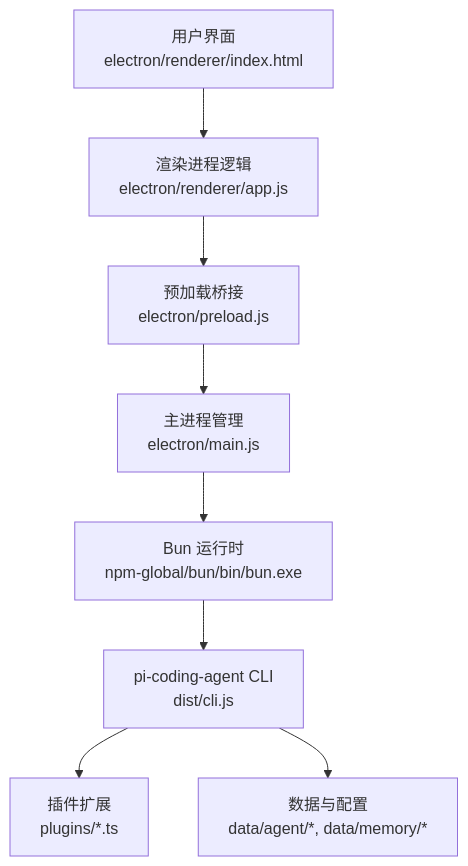
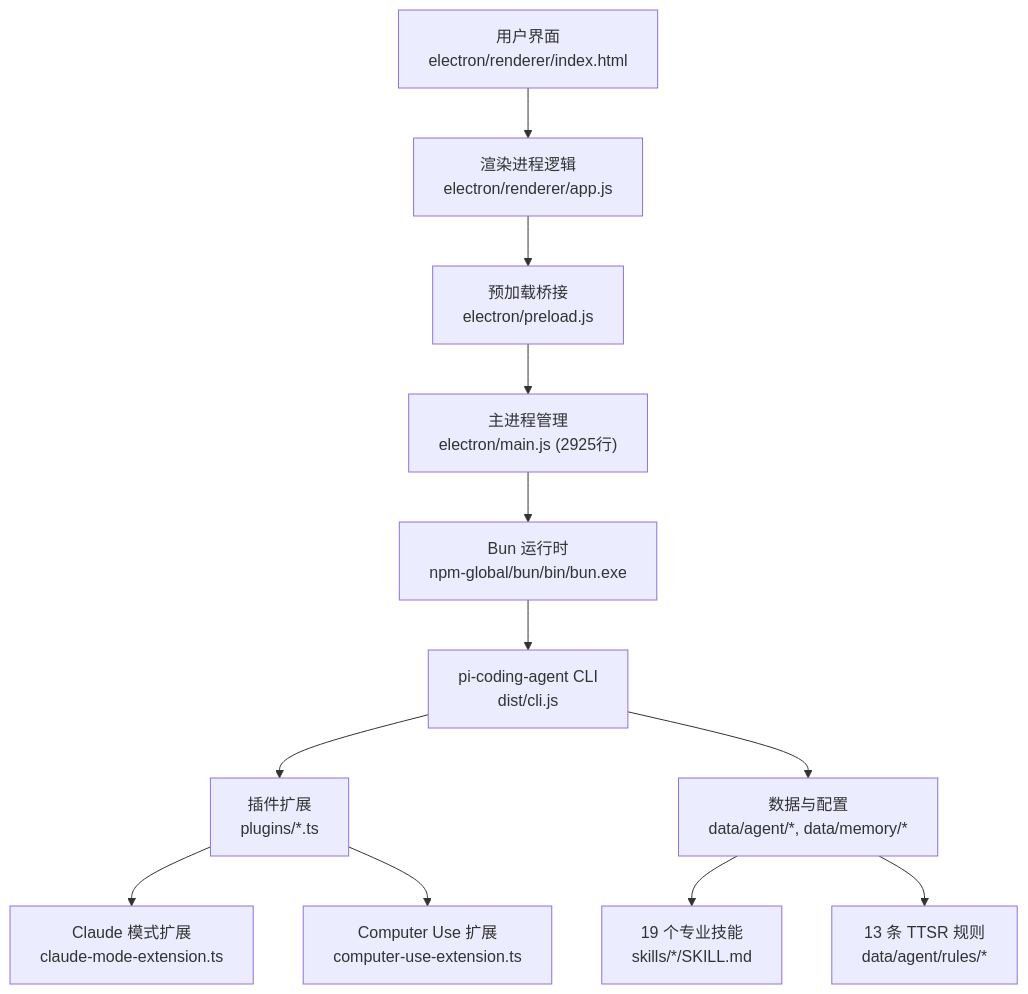
The first of 5 diagrams in .qoder/repowiki/zh/content/贡献指南/开发文档.md (swond-Mao/Tiffa), drawn with Mermaid before and after one commit. The commit also changed other lines of this file and 22 other files, not shown here.

````diff
--- a/.qoder/repowiki/zh/content/贡献指南/开发文档.md
+++ b/.qoder/repowiki/zh/content/贡献指南/开发文档.md
@@ -37,10 +50,14 @@
 ```mermaid
 graph TB
 A["用户界面<br/>electron/renderer/index.html"] --> B["渲染进程逻辑<br/>electron/renderer/app.js"]
 B --> C["预加载桥接<br/>electron/preload.js"]
-C --> D["主进程管理<br/>electron/main.js"]
+C --> D["主进程管理<br/>electron/main.js (2925行)"]
 D --> E["Bun 运行时<br/>npm-global/bun/bin/bun.exe"]
 E --> F["pi-coding-agent CLI<br/>dist/cli.js"]
 F --> G["插件扩展<br/>plugins/*.ts"]
 F --> H["数据与配置<br/>data/agent/*, data/memory/*"]
+G --> I["Claude 模式扩展<br/>claude-mode-extension.ts"]
+G --> J["Computer Use 扩展<br/>computer-use-extension.ts"]
+H --> K["19 个专业技能<br/>skills/*/SKILL.md"]
+H --> L["13 条 TTSR 规则<br/>data/agent/rules/*"]
 ```
````
